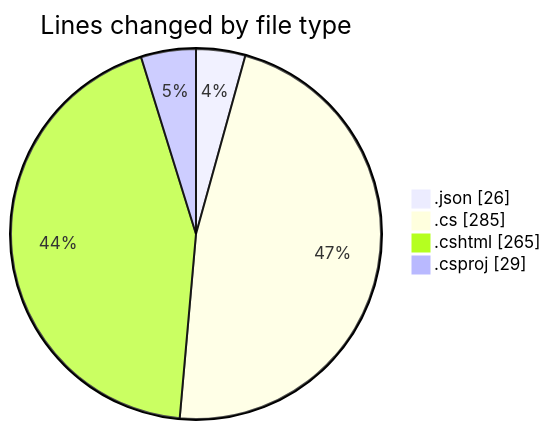
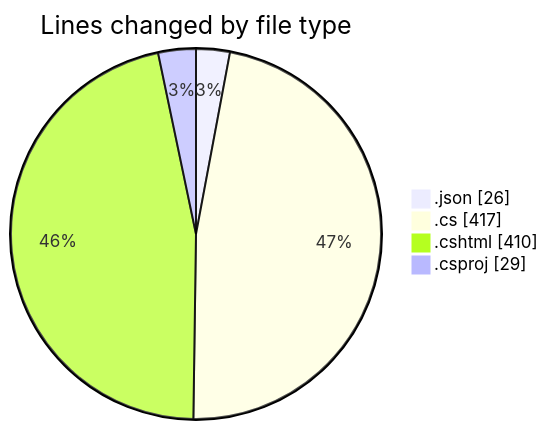
The first of 2 diagrams in 2025-07-19/nhahang/README.md (lephambinh05/code-tracking), drawn with Mermaid before and after one commit. The commit also changed other lines of this file and 1 other file, not shown here.

````diff
--- a/2025-07-19/nhahang/README.md
+++ b/2025-07-19/nhahang/README.md
@@ -31,8 +33,8 @@
 ```mermaid
 pie showData
 title Lines changed by file type
 ".json" : 26
-".cs" : 285
-".cshtml" : 265
+".cs" : 417
+".cshtml" : 410
 ".csproj" : 29
 ```
````
